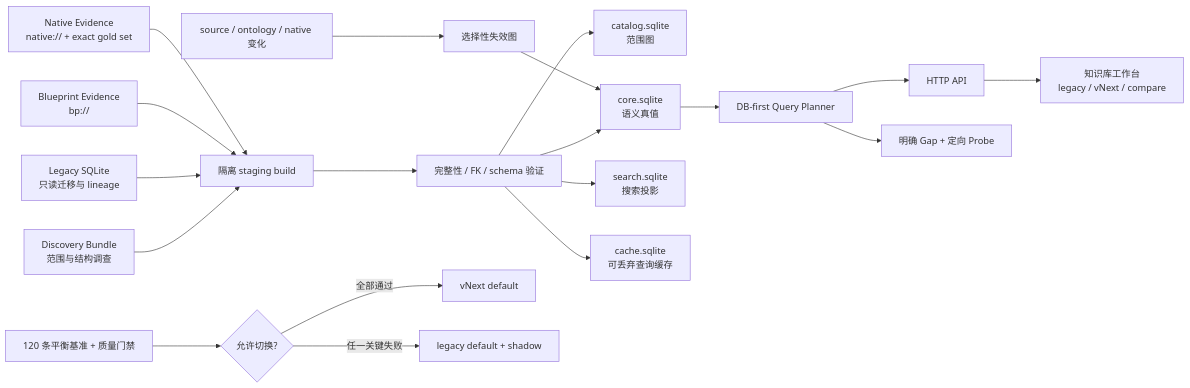
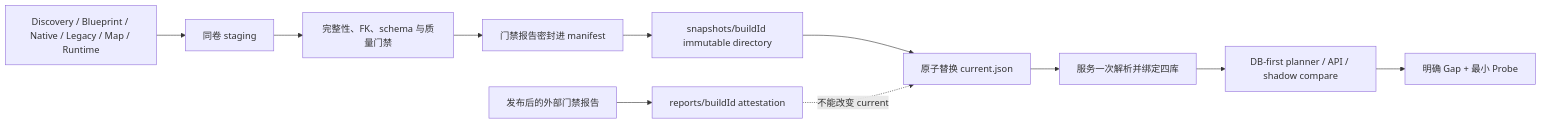
The diagram in docs/ark_kb_vnext/ARCHITECTURE.md (pityonother/Blueprint-to-Code), drawn with Mermaid before and after one commit. The commit also changed other lines of this file and 42 other files, not shown here.

````diff
--- a/docs/ark_kb_vnext/ARCHITECTURE.md
+++ b/docs/ark_kb_vnext/ARCHITECTURE.md
@@ -11,21 +87,13 @@
 ```mermaid
 flowchart LR
-    D["Discovery Bundle<br/>范围与结构调查"] --> S["隔离 staging build"]
-    L["Legacy SQLite<br/>只读迁移与 lineage"] --> S
-    B["Blueprint Evidence<br/>bp://"] --> S
-    N["Native Evidence<br/>native:// + exact gold set"] --> S
-    S --> V["完整性 / FK / schema 验证"]
-    V --> C["catalog.sqlite<br/>范围图"]
-    V --> K["core.sqlite<br/>语义真值"]
-    V --> X["search.sqlite<br/>搜索投影"]
-    V --> Q["cache.sqlite<br/>可丢弃查询缓存"]
-    K --> P["DB-first Query Planner"]
-    P --> A["HTTP API"]
-    A --> U["知识库工作台<br/>legacy / vNext / compare"]
-    P --> G["明确 Gap + 定向 Probe"]
-    R["source / ontology / native 变化"] --> I["选择性失效图"]
-    I --> K
-    T["120 条平衡基准 + 质量门禁"] --> O{"允许切换?"}
-    O -->|全部通过| NV["vNext default"]
-    O -->|任一关键失败| SH["legacy default + shadow"]
+    D["Discovery / Blueprint / Native / Legacy / Map / Runtime"] --> S["同卷 staging"]
+    S --> V["完整性、FK、schema 与质量门禁"]
+    V --> M["门禁报告密封进 manifest"]
+    M --> I["snapshots/buildId immutable directory"]
+    I --> P["原子替换 current.json"]
+    P --> A["服务一次解析并绑定四库"]
+    A --> Q["DB-first planner / API / shadow compare"]
+    Q --> G["明确 Gap + 最小 Probe"]
+    E["发布后的外部门禁报告"] --> R["reports/buildId attestation"]
+    R -. "不能改变 current" .-> P
 ```
````
